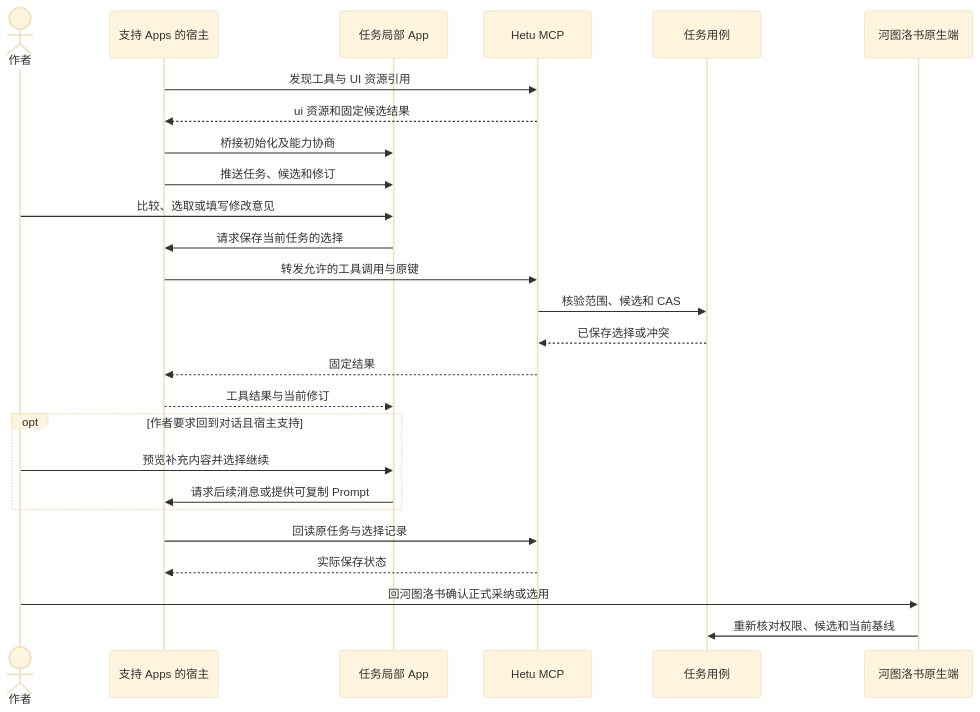
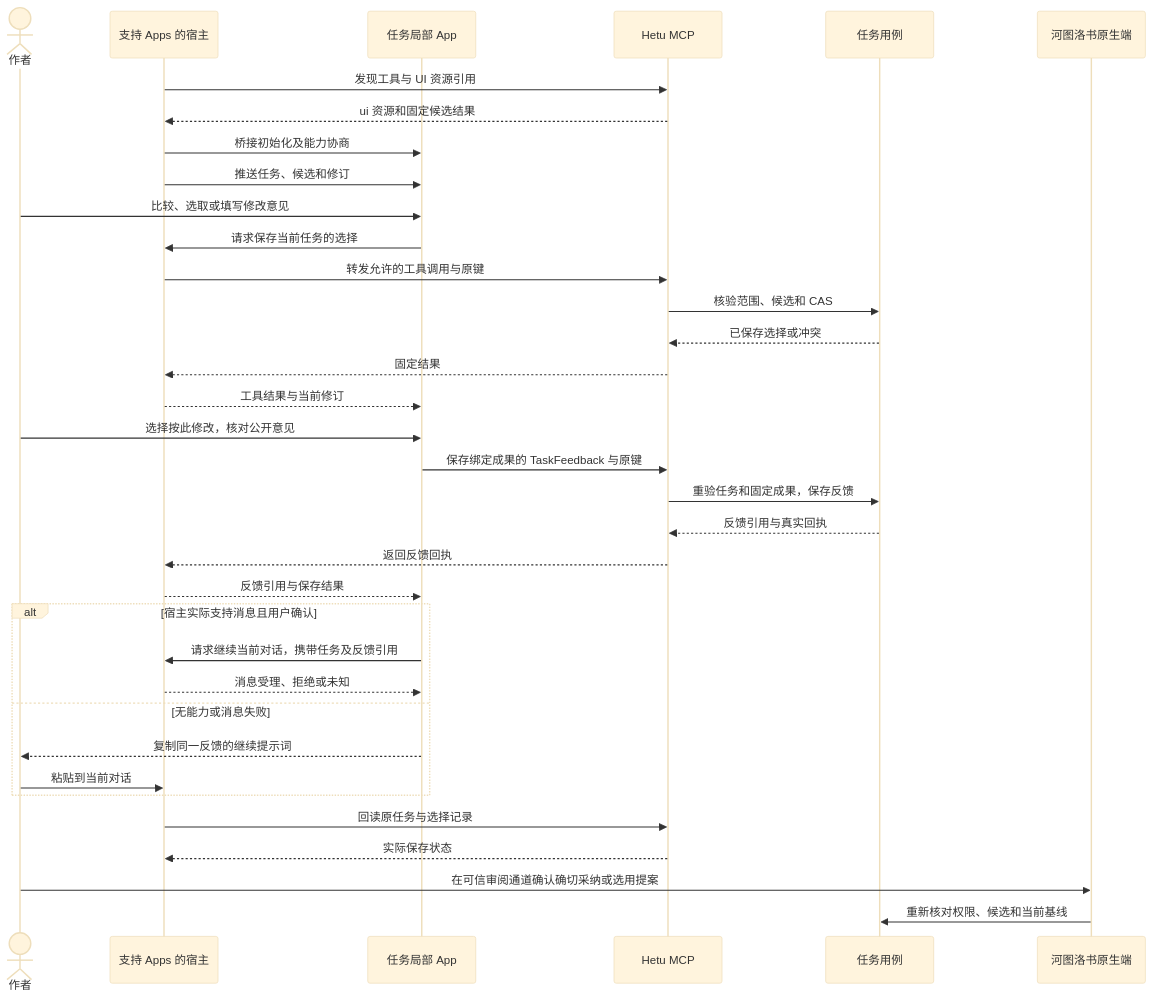
The eighth of 48 diagrams in docs/23-业务流程与MCP时序.md (limecloud/hetu), drawn with Mermaid (base theme) before and after one commit. The commit also changed other lines of this file and 993 other files, not shown here.

````diff
--- a/docs/23-业务流程与MCP时序.md
+++ b/docs/23-业务流程与MCP时序.md
@@ -215,28 +230,37 @@
 ```mermaid
 sequenceDiagram
     actor author as 作者
     participant host as 支持 Apps 的宿主
     participant app as 任务局部 App
     participant server as Hetu MCP
     participant core as 任务用例
     participant desktop as 河图洛书原生端
     host->>server: 发现工具与 UI 资源引用
     server-->>host: ui 资源和固定候选结果
     host->>app: 桥接初始化及能力协商
     host->>app: 推送任务、候选和修订
     author->>app: 比较、选取或填写修改意见
     app->>host: 请求保存当前任务的选择
     host->>server: 转发允许的工具调用与原键
     server->>core: 核验范围、候选和 CAS
     core-->>server: 已保存选择或冲突
     server-->>host: 固定结果
     host-->>app: 工具结果与当前修订
-    opt 作者要求回到对话且宿主支持
-        author->>app: 预览补充内容并选择继续
-        app->>host: 请求后续消息或提供可复制 Prompt
+    author->>app: 选择按此修改，核对公开意见
+    app->>server: 保存绑定成果的 TaskFeedback 与原键
+    server->>core: 重验任务和固定成果，保存反馈
+    core-->>server: 反馈引用与真实回执
+    server-->>host: 返回反馈回执
+    host-->>app: 反馈引用与保存结果
+    alt 宿主实际支持消息且用户确认
+        app->>host: 请求继续当前对话，携带任务及反馈引用
+        host-->>app: 消息受理、拒绝或未知
+    else 无能力或消息失败
+        app-->>author: 复制同一反馈的继续提示词
+        author->>host: 粘贴到当前对话
     end
     host->>server: 回读原任务与选择记录
     server-->>host: 实际保存状态
-    author->>desktop: 回河图洛书确认正式采纳或选用
+    author->>desktop: 在可信审阅通道确认确切采纳或选用提案
     desktop->>core: 重新核对权限、候选和当前基线
 ```
````
